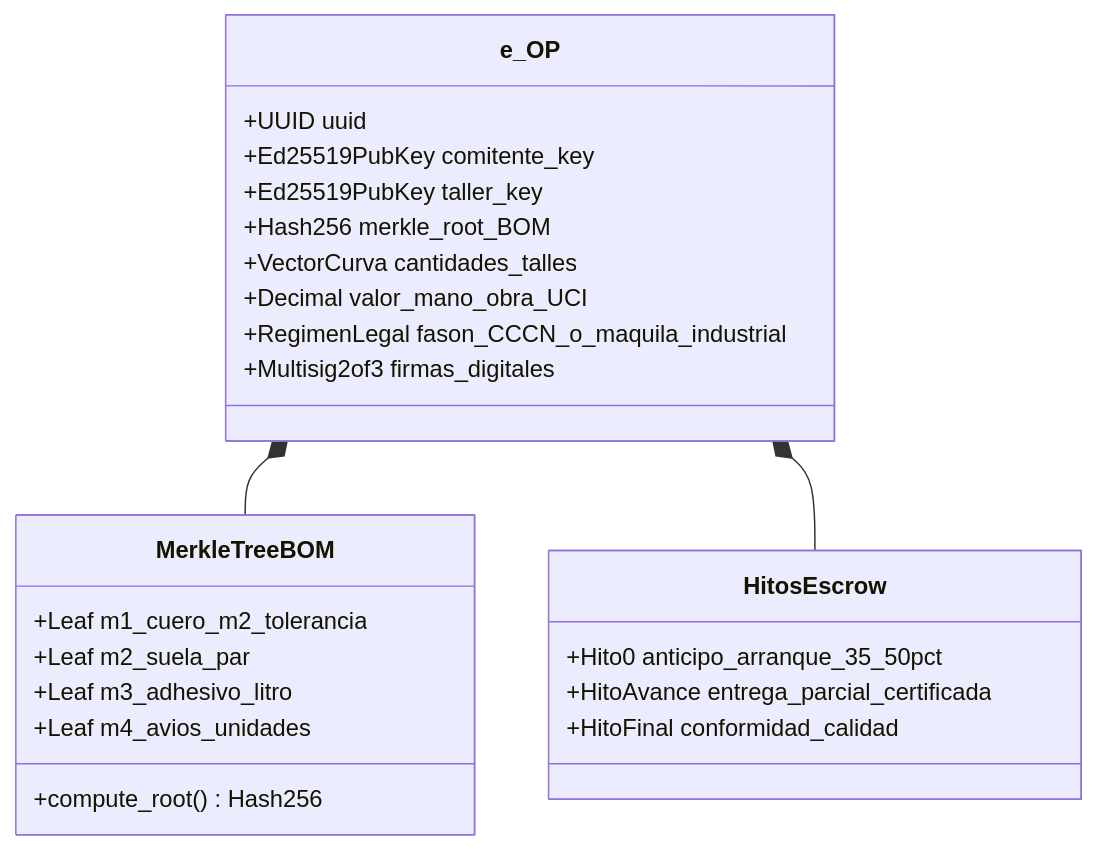
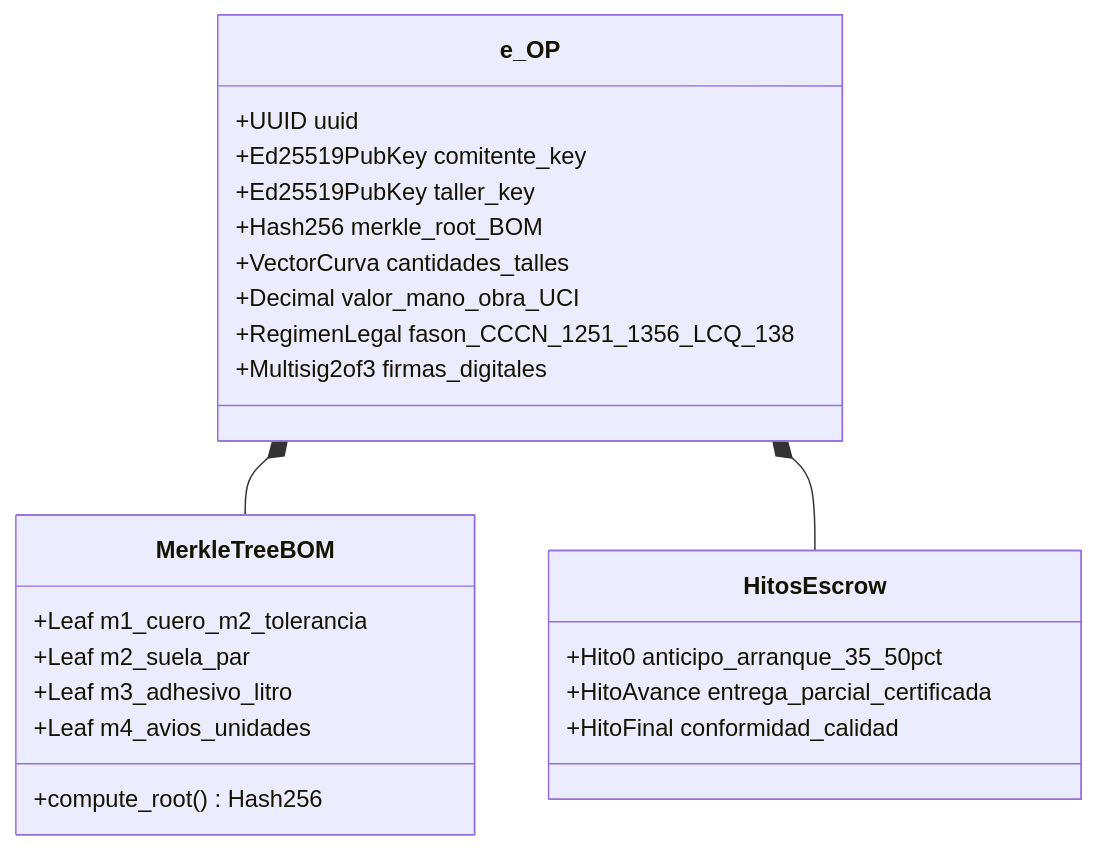
One commit to sarthouse/indinopy changed the second of 6 diagrams in docs/md/paper_protocolo_eop_gobernanza_industrial.md. Above: the diagram before and after it, drawn with Mermaid. The commit also changed other lines of this file and 24 other files, not shown here.

````diff
--- a/docs/md/paper_protocolo_eop_gobernanza_industrial.md
+++ b/docs/md/paper_protocolo_eop_gobernanza_industrial.md
@@ -107,27 +107,27 @@
 ```mermaid
 classDiagram
     class e_OP {
         +UUID uuid
         +Ed25519PubKey comitente_key
         +Ed25519PubKey taller_key
         +Hash256 merkle_root_BOM
         +VectorCurva cantidades_talles
         +Decimal valor_mano_obra_UCI
-        +RegimenLegal fason_CCCN_o_maquila_industrial
+        +RegimenLegal fason_CCCN_1251_1356_LCQ_138
         +Multisig2of3 firmas_digitales
     }
     class MerkleTreeBOM {
         +Leaf m1_cuero_m2_tolerancia
         +Leaf m2_suela_par
         +Leaf m3_adhesivo_litro
         +Leaf m4_avios_unidades
         +compute_root() Hash256
     }
     class HitosEscrow {
         +Hito0 anticipo_arranque_35_50pct
         +HitoAvance entrega_parcial_certificada
         +HitoFinal conformidad_calidad
     }
     e_OP *-- MerkleTreeBOM
     e_OP *-- HitosEscrow
 ```
````
